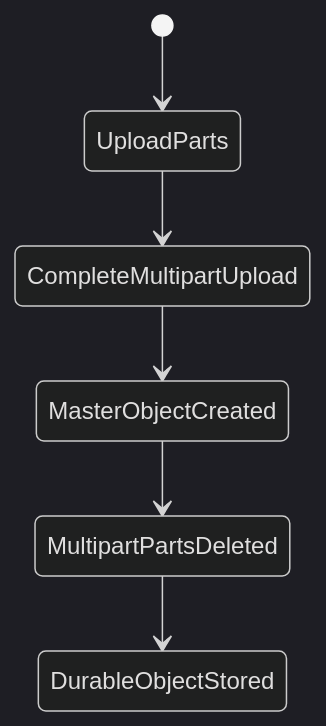
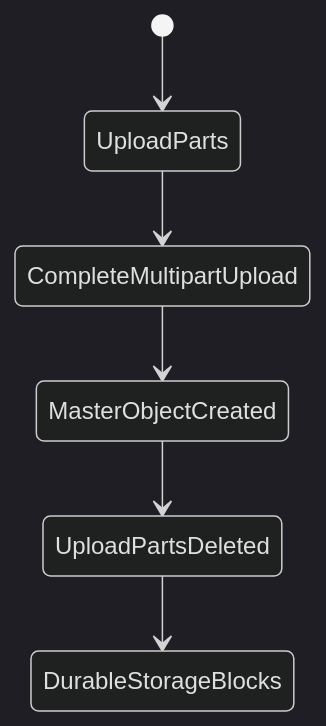
Before and after one commit to Veeru123456778/CS-Fundamentals: the seventh of 7 diagrams in netflix-system-design.md, drawn with Mermaid (dark theme). The commit also changed other lines of this file, not shown here.

````diff
--- a/netflix-system-design.md
+++ b/netflix-system-design.md
@@ -1030,8 +1102,8 @@
 ```mermaid
 stateDiagram-v2
     [*] --> UploadParts
     UploadParts --> CompleteMultipartUpload
     CompleteMultipartUpload --> MasterObjectCreated
-    MasterObjectCreated --> MultipartPartsDeleted
-    MultipartPartsDeleted --> DurableObjectStored
+    MasterObjectCreated --> UploadPartsDeleted
+    UploadPartsDeleted --> DurableStorageBlocks
 ```
````
